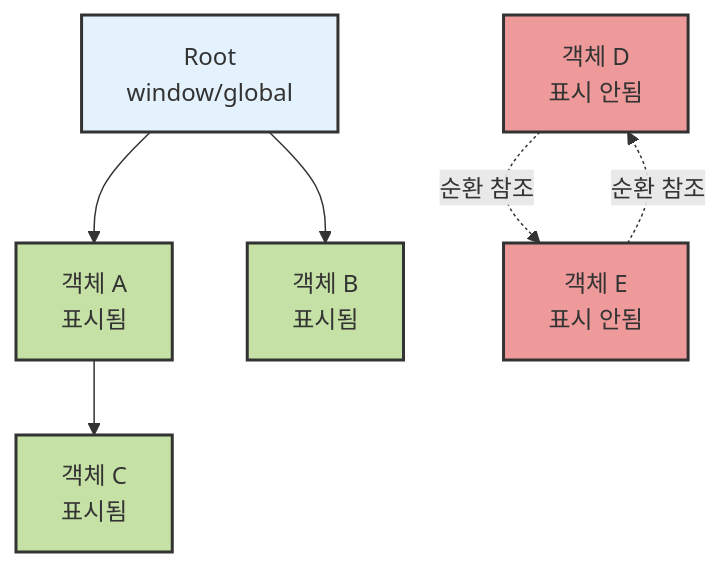
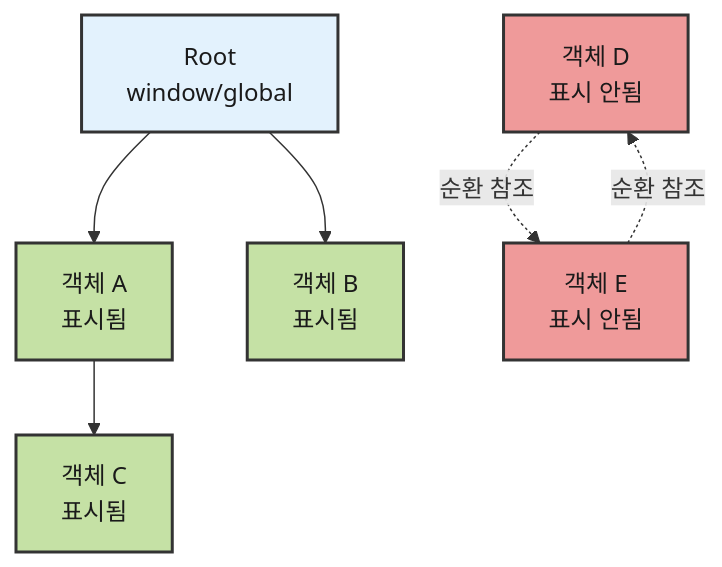
One commit to Cllaude99/cllaude99_labs changed the fifth of 7 diagrams in apps/devblog/content/posts/garbage-collection.mdx. Above: the diagram before and after it, drawn with Mermaid. The commit also changed other lines of this file, not shown here.

````diff
--- a/apps/devblog/content/posts/garbage-collection.mdx
+++ b/apps/devblog/content/posts/garbage-collection.mdx
@@ -286,17 +286,17 @@
 ```mermaid
 graph TB
     Root1["Root<br/>window/global"] --> A1["객체 A<br/>표시됨"]
     Root1 --> B1["객체 B<br/>표시됨"]
     A1 --> C1["객체 C<br/>표시됨"]
     D1["객체 D<br/>표시 안됨"]
     E1["객체 E<br/>표시 안됨"]
     D1 -.순환 참조.-> E1
     E1 -.순환 참조.-> D1
 
-    style A1 fill:#c5e1a5,stroke:#333,stroke-width:2px
-    style B1 fill:#c5e1a5,stroke:#333,stroke-width:2px
-    style C1 fill:#c5e1a5,stroke:#333,stroke-width:2px
-    style D1 fill:#ef9a9a,stroke:#333,stroke-width:2px
-    style E1 fill:#ef9a9a,stroke:#333,stroke-width:2px
-    style Root1 fill:#e3f2fd,stroke:#333,stroke-width:2px
+    style A1 fill:#c5e1a5,color:#1a1a1a,stroke:#333,stroke-width:2px
+    style B1 fill:#c5e1a5,color:#1a1a1a,stroke:#333,stroke-width:2px
+    style C1 fill:#c5e1a5,color:#1a1a1a,stroke:#333,stroke-width:2px
+    style D1 fill:#ef9a9a,color:#1a1a1a,stroke:#333,stroke-width:2px
+    style E1 fill:#ef9a9a,color:#1a1a1a,stroke:#333,stroke-width:2px
+    style Root1 fill:#e3f2fd,color:#1a1a1a,stroke:#333,stroke-width:2px
 ```
````
